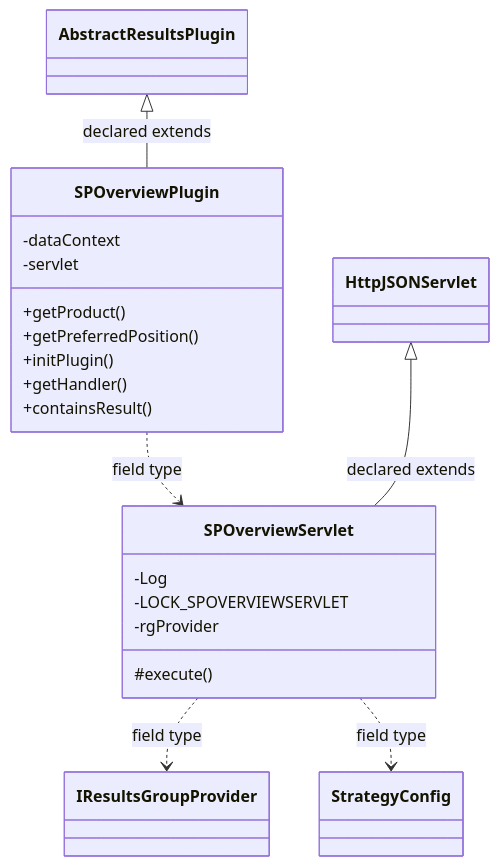
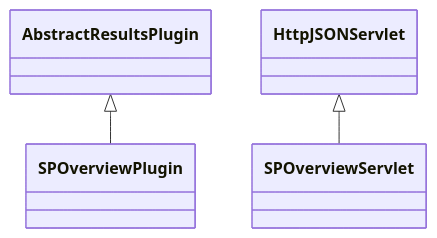
The diagram in docs/sqx/Results/ResultsSPOverview.md (haruperi/HaruQuantAI), drawn with Mermaid before and after one commit. The commit also changed other lines of this file and 1688 other files, not shown here.

````diff
--- a/docs/sqx/Results/ResultsSPOverview.md
+++ b/docs/sqx/Results/ResultsSPOverview.md
@@ -30,27 +26,9 @@
 ```mermaid
 classDiagram
-    class Ca1e77f75e8ce["SPOverviewPlugin"] {
-        -dataContext
-        -servlet
-        +getProduct()
-        +getPreferredPosition()
-        +initPlugin()
-        +getHandler()
-        +containsResult()
-    }
-    class C3c370acec916["SPOverviewServlet"] {
-        -Log
-        -LOCK_SPOVERVIEWSERVLET
-        -rgProvider
-        #execute()
-    }
-    class C180e0c3f58c3["AbstractResultsPlugin"]
-    class C9ceba9ba4bac["IResultsGroupProvider"]
-    class C92c3bb2ab146["StrategyConfig"]
-    class C8900f90ae594["HttpJSONServlet"]
-    C180e0c3f58c3 <|-- Ca1e77f75e8ce : declared extends
-    Ca1e77f75e8ce ..> C3c370acec916 : field type
-    C8900f90ae594 <|-- C3c370acec916 : declared extends
-    C3c370acec916 ..> C9ceba9ba4bac : field type
-    C3c370acec916 ..> C92c3bb2ab146 : field type
+    class C0["SPOverviewPlugin"]
+    class C1["SPOverviewServlet"]
+    class E0["AbstractResultsPlugin"]
+    E0 <|-- C0
+    class E1["HttpJSONServlet"]
+    E1 <|-- C1
 ```
````
